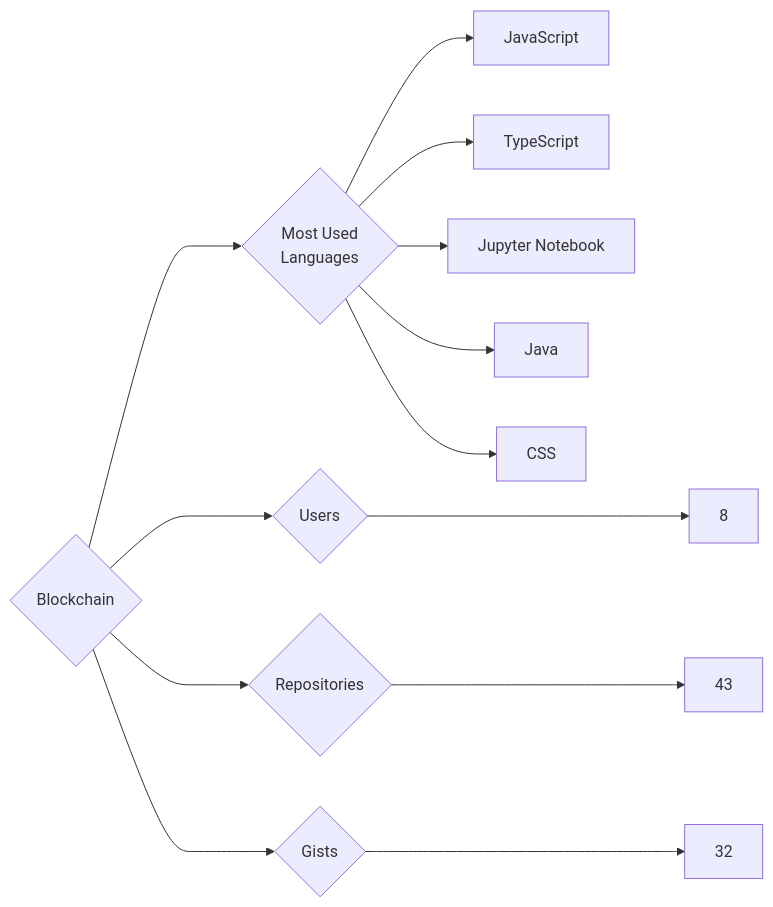
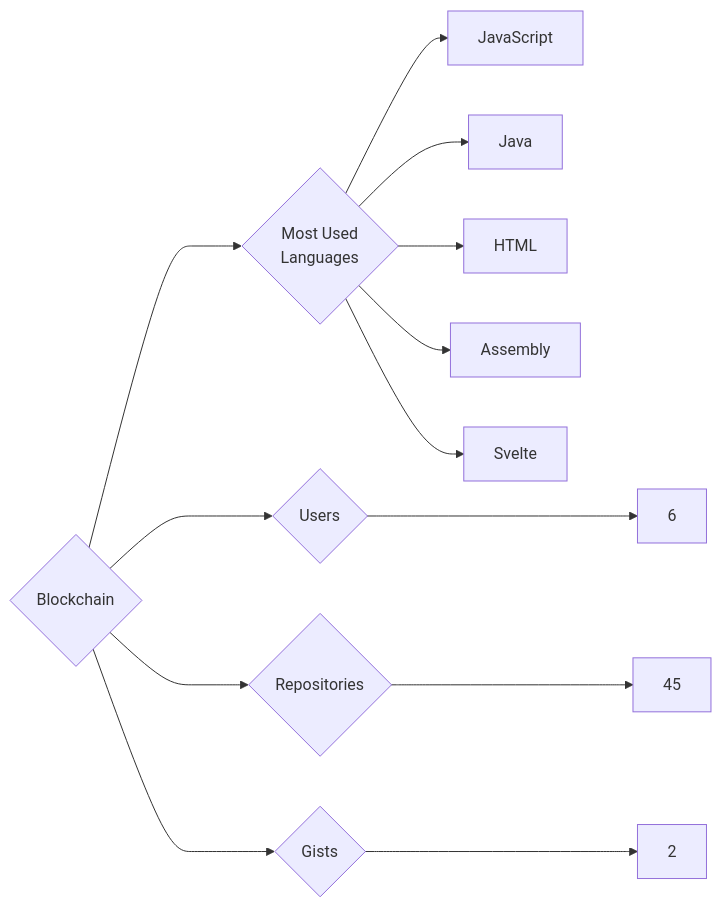
One commit to trickest/insiders changed the diagram in targets/Blockchain/README.md. Above: the diagram before and after it, drawn with Mermaid. The commit also changed 559 other files, not shown here.

````diff
--- a/targets/Blockchain/README.md
+++ b/targets/Blockchain/README.md
@@ -3,13 +3,13 @@
 ```mermaid
 graph LR
 COMPANY_NAME{Blockchain}
-COMPANY_NAME ---> U{Users} ---> UN[8]
-COMPANY_NAME ---> R{Repositories} ---> RN[43]
-COMPANY_NAME ---> G{Gists} ---> GN[32]
+COMPANY_NAME ---> U{Users} ---> UN[6]
+COMPANY_NAME ---> R{Repositories} ---> RN[45]
+COMPANY_NAME ---> G{Gists} ---> GN[2]
 COMPANY_NAME ---> ML{Most Used<br>Languages}
 ML --> JavaScript[JavaScript]
-ML --> TypeScript[TypeScript]
-ML --> Jupyter_Notebook[Jupyter Notebook]
 ML --> Java[Java]
-ML --> CSS[CSS]
+ML --> HTML[HTML]
+ML --> Assembly[Assembly]
+ML --> Svelte[Svelte]
 ```
````
